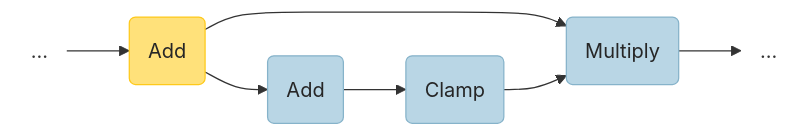
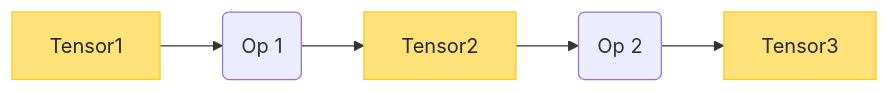
Before and after one commit to openvinotoolkit/openvino: the first of 12 diagrams in src/common/snippets/docs/snippets_design_guide.md, drawn with Mermaid. The commit also changed other lines of this file and 1 other file, not shown here.

````diff
--- a/src/common/snippets/docs/snippets_design_guide.md
+++ b/src/common/snippets/docs/snippets_design_guide.md
@@ -45,16 +9,15 @@
 ```mermaid
- flowchart LR
-    nodeA1(...) --> nodeA2(Add)
-    nodeA2(Add) --> nodeA3(Add)
-    nodeA2(Add) --> nodeA5(Multiply)
-    nodeA3(Add) --> nodeA4(Clamp)
-    nodeA4(Clamp) --> nodeA5(Multiply)
-    nodeA5(Multiply) --> nodeA6(...)
+ graph LR
+    Tensor1[Tensor1] 
+    op1(Op 1)
+    Tensor2[Tensor2]
+    Tensor1 --> op1 --> Tensor2
+    op2(Op 2)
+    Tensor3[Tensor3]
+    Tensor2 --> op2 --> Tensor3
 classDef no-bg-color fill:none,stroke-width:0px
 classDef steel1 fill:#B9D6E5, stroke: #86B3CA, color: #262626
 classDef daisy1 fill:#FFE17A, stroke: #FEC91B, color: #262626
-class nodeA1,nodeA6 no-bg-color
-class nodeA2,nodeA3 daisy1
-class nodeA4,nodeA5 steel1
-class nodeA3 steel1
+%%class op1,op2 steel1
+class Tensor1,Tensor2,Tensor3 daisy1
 ```
````
